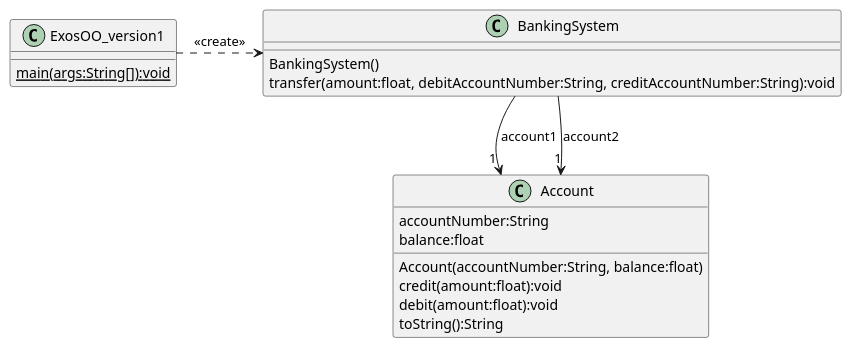
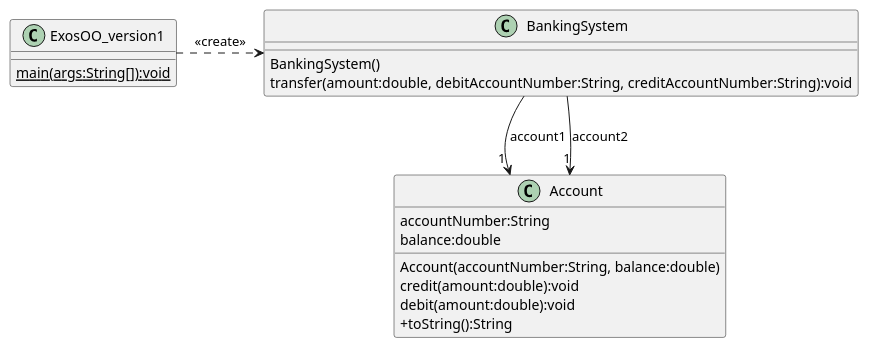
The diagram in IntroDiagrammes/uml/ExosOO_version1_cd.puml (profesig/exosOO), drawn with PlantUML before and after one commit. The commit also changed 1 other file, not shown here.

Commit message:
double à la place de float pour diagrammes"version1"

```diff
--- a/IntroDiagrammes/uml/ExosOO_version1_cd.puml
+++ b/IntroDiagrammes/uml/ExosOO_version1_cd.puml
@@ -1,29 +1,29 @@
-@startuml
+ @startuml
 skinparam classAttributeIconSize 0
 
 class ExosOO_version1 {
 {static} main(args:String[]):void
 }
 
 class BankingSystem {
 BankingSystem()
-transfer(amount:float, debitAccountNumber:String, creditAccountNumber:String):void
+transfer(amount:double, debitAccountNumber:String, creditAccountNumber:String):void
 
 }
 
 class Account {
 
 accountNumber:String
-balance:float
+balance:double
 
-Account(accountNumber:String, balance:float)
-credit(amount:float):void
-debit(amount:float):void
-toString():String
+Account(accountNumber:String, balance:double)
+credit(amount:double):void
+debit(amount:double):void
++toString():String
 }
 
 BankingSystem --> "1" Account : account1
 BankingSystem --> "1" Account : account2
 ExosOO_version1 .> BankingSystem : <<create>>
 
 @enduml
```
